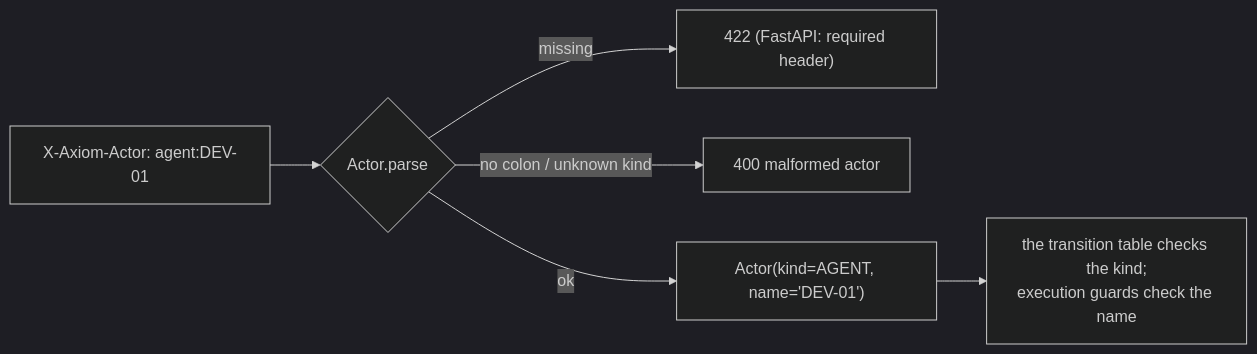
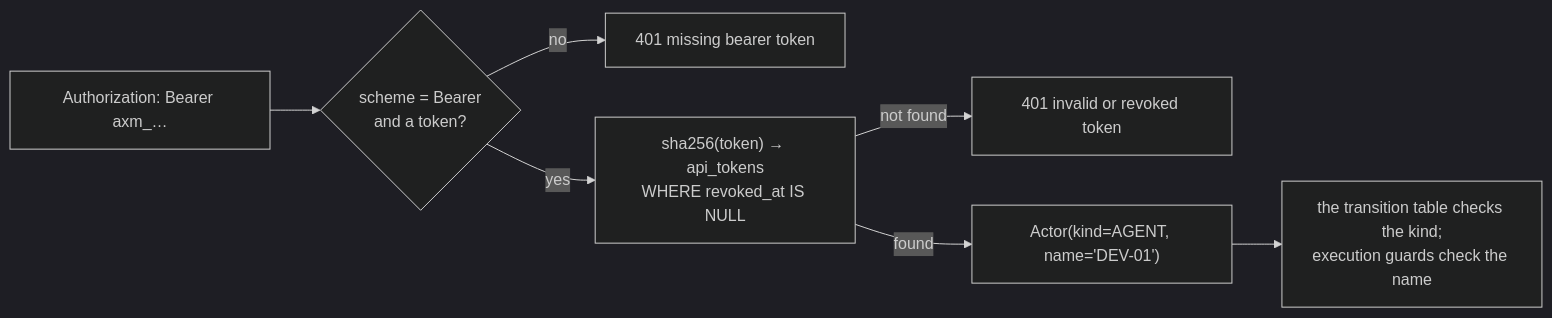
One commit to bharathcmbox/axiom changed the third of 6 diagrams in docs/guide/08-api-layer.md. Above: the diagram before and after it, drawn with Mermaid (dark theme). The commit also changed other lines of this file and 19 other files, not shown here.

First line of the commit message:
Phase 2 T2: bearer-token authentication; actor comes from the token

````diff
--- a/docs/guide/08-api-layer.md
+++ b/docs/guide/08-api-layer.md
@@ -53,8 +54,9 @@
 ```mermaid
 flowchart LR
-    h["X-Axiom-Actor: agent:DEV-01"] --> p{"Actor.parse"}
-    p -->|"missing"| e422["422 (FastAPI: required header)"]
-    p -->|"no colon / unknown kind"| e400["400 malformed actor"]
-    p -->|ok| a["Actor(kind=AGENT, name='DEV-01')"]
+    h["Authorization: Bearer axm_…"] --> s{"scheme = Bearer<br/>and a token?"}
+    s -->|no| e1["401 missing bearer token"]
+    s -->|yes| l["sha256(token) → api_tokens<br/>WHERE revoked_at IS NULL"]
+    l -->|not found| e2["401 invalid or revoked token"]
+    l -->|found| a["Actor(kind=AGENT, name='DEV-01')"]
     a --> rules["the transition table checks the kind;<br/>execution guards check the name"]
 ```
````
